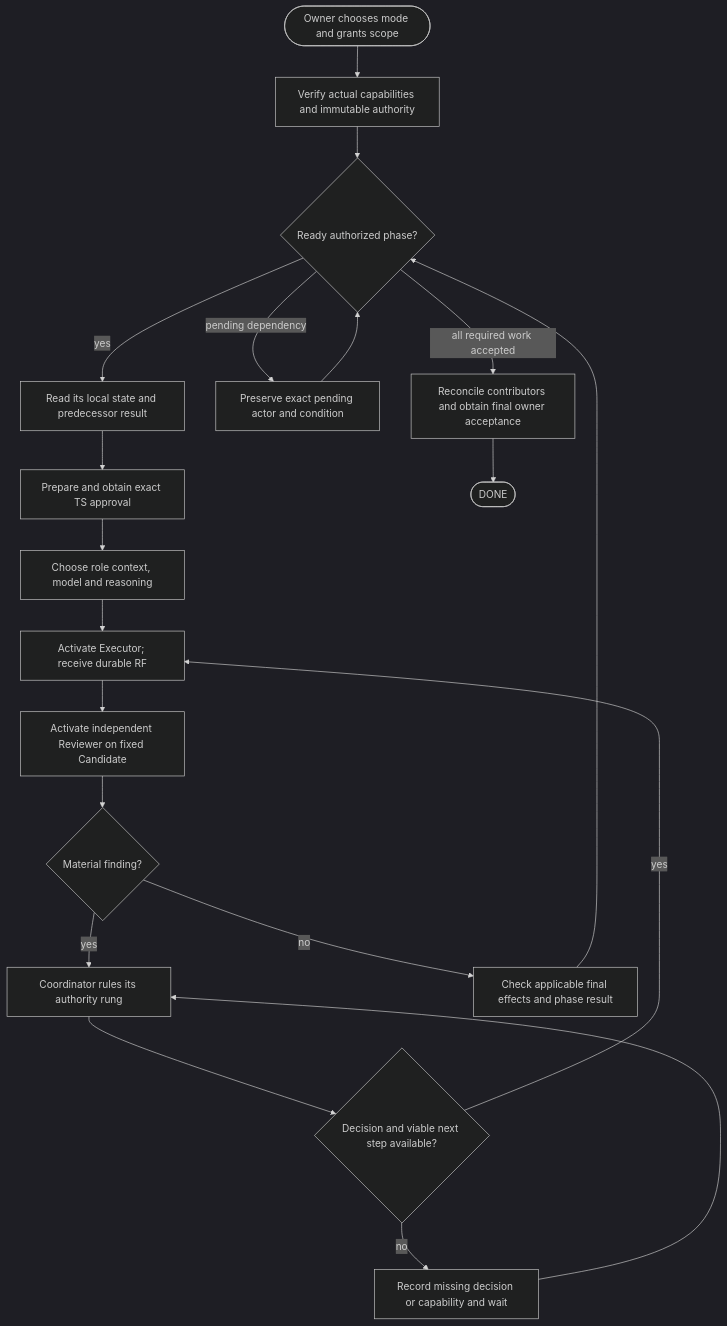
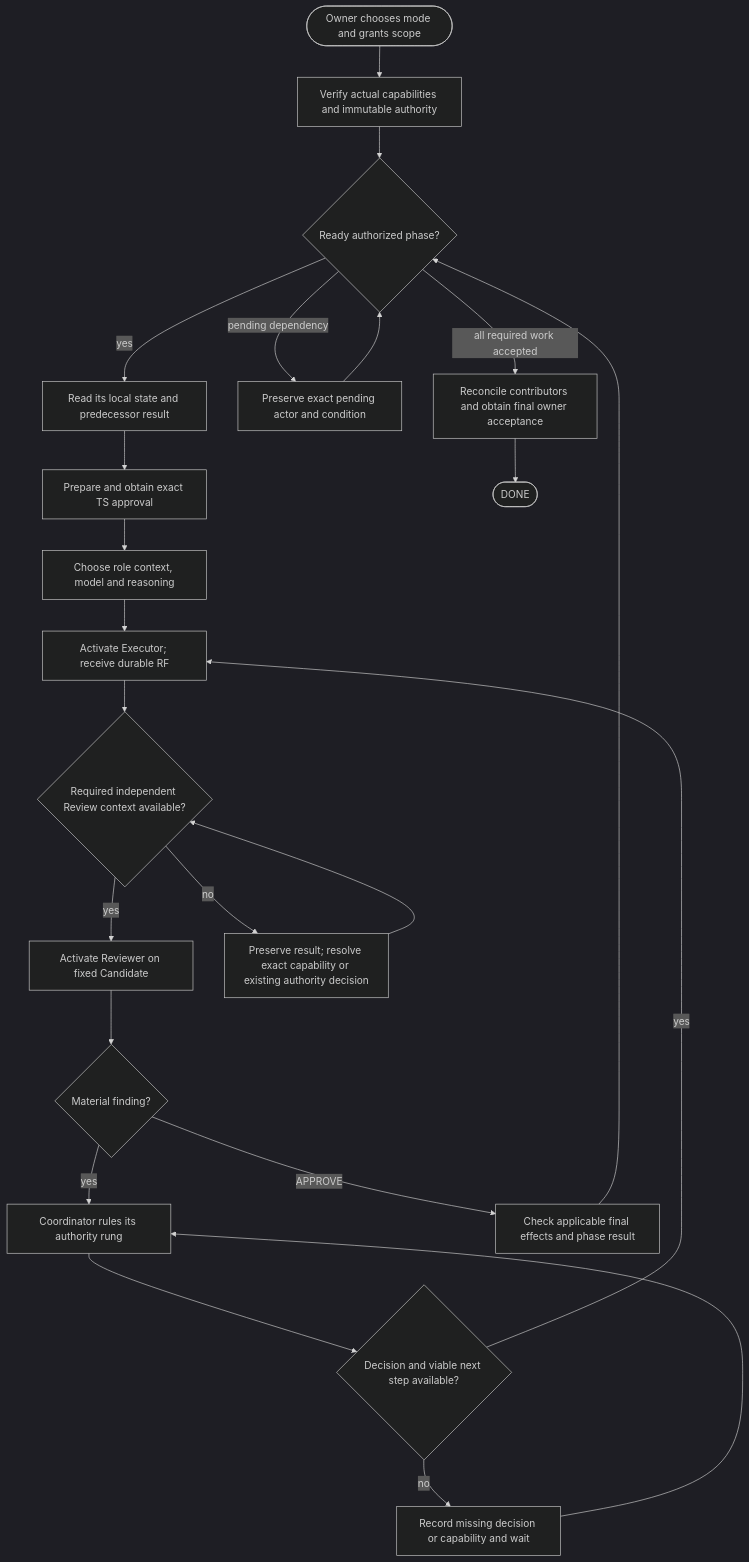
Before and after one commit to saubakirov/trace-first-starter: the second of 4 diagrams in workspace/2026/TFW_20261027-161333_CMODES/TS__TFW_20261027-161333_CMODES.md, drawn with Mermaid (dark theme). The commit also changed other lines of this file, not shown here.

Commit message:
[codex/TFW_20261027-161333_CMODES/plan/coordinator] refine review context and bounded progress policy

````diff
--- a/workspace/2026/TFW_20261027-161333_CMODES/TS__TFW_20261027-161333_CMODES.md
+++ b/workspace/2026/TFW_20261027-161333_CMODES/TS__TFW_20261027-161333_CMODES.md
@@ -289,22 +323,25 @@
 ```mermaid
 flowchart TD
     A([Owner chooses mode and grants scope]) --> B[Verify actual capabilities and immutable authority]
     B --> C{Ready authorized phase?}
     C -->|yes| D[Read its local state and predecessor result]
     D --> E[Prepare and obtain exact TS approval]
     E --> F[Choose role context, model and reasoning]
     F --> G[Activate Executor; receive durable RF]
-    G --> H[Activate independent Reviewer on fixed Candidate]
+    G --> Q{Required independent Review context available?}
+    Q -->|yes| H[Activate Reviewer on fixed Candidate]
+    Q -->|no| R[Preserve result; resolve exact capability or existing authority decision]
+    R --> Q
     H --> I{Material finding?}
     I -->|yes| J[Coordinator rules its authority rung]
     J --> K{Decision and viable next step available?}
     K -->|yes| G
     K -->|no| L[Record missing decision or capability and wait]
     L --> J
-    I -->|no| M[Check applicable final effects and phase result]
+    I -->|APPROVE| M[Check applicable final effects and phase result]
     M --> C
     C -->|pending dependency| N[Preserve exact pending actor and condition]
     N --> C
     C -->|all required work accepted| O[Reconcile contributors and obtain final owner acceptance]
     O --> P([DONE])
 ```
````
